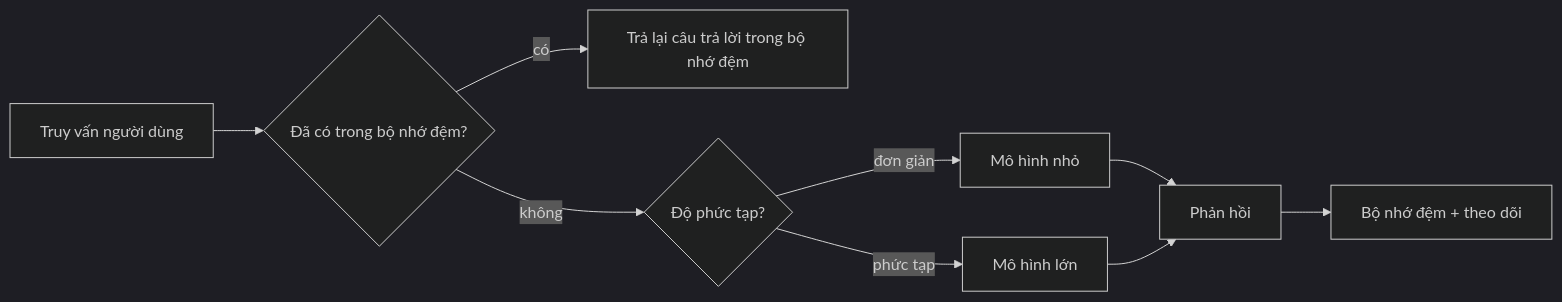
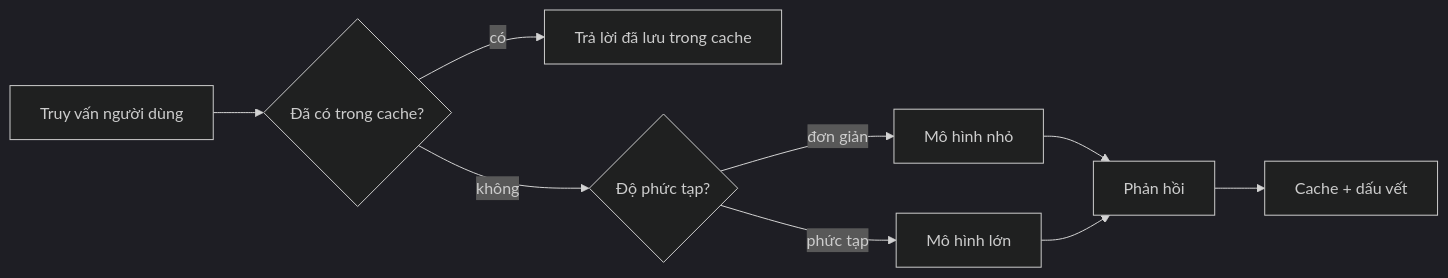
The third of 4 diagrams in mirrors/repos/microsoft@ai-agents-for-beginners/translations/vi/16-deploying-scalable-agents/README.md (gabrielmoreira/agent-skills-mirror), drawn with Mermaid (dark theme) before and after one commit. The commit also changed other lines of this file and 4262 other files, not shown here.

````diff
--- a/mirrors/repos/microsoft@ai-agents-for-beginners/translations/vi/16-deploying-scalable-agents/README.md
+++ b/mirrors/repos/microsoft@ai-agents-for-beginners/translations/vi/16-deploying-scalable-agents/README.md
@@ -134,11 +134,11 @@
 ```mermaid
 flowchart LR
-    Q[Truy vấn người dùng] --> C{Đã có trong bộ nhớ đệm?}
-    C -->|có| R[Trả lại câu trả lời trong bộ nhớ đệm]
+    Q[Truy vấn người dùng] --> C{Đã có trong cache?}
+    C -->|có| R[Trả lời đã lưu trong cache]
     C -->|không| Router{Độ phức tạp?}
     Router -->|đơn giản| SLM[Mô hình nhỏ]
     Router -->|phức tạp| LLM[Mô hình lớn]
     SLM --> Out[Phản hồi]
     LLM --> Out
-    Out --> Store[Bộ nhớ đệm + theo dõi]
+    Out --> Store[Cache + dấu vết]
 ```
````
